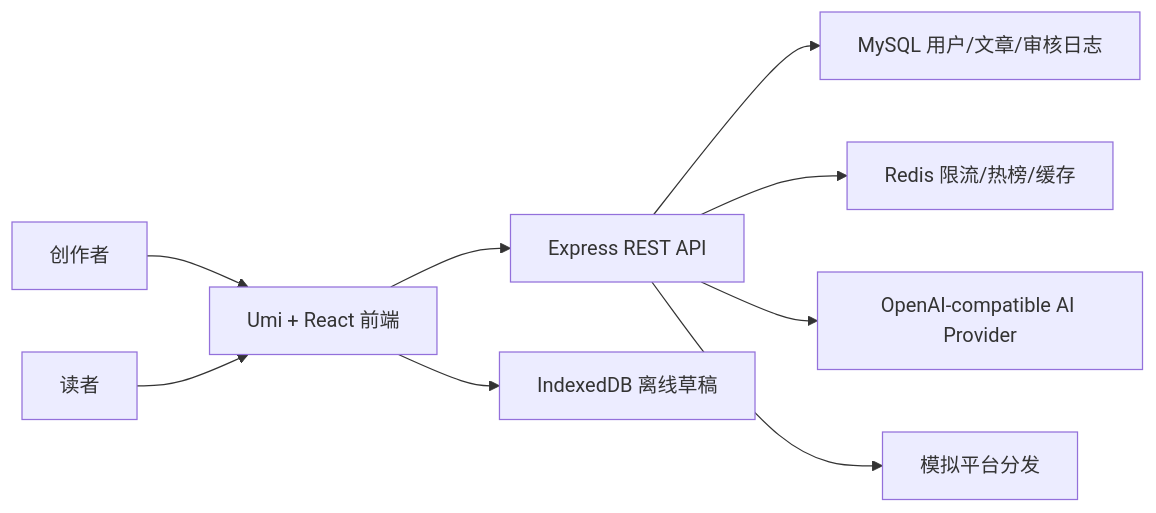
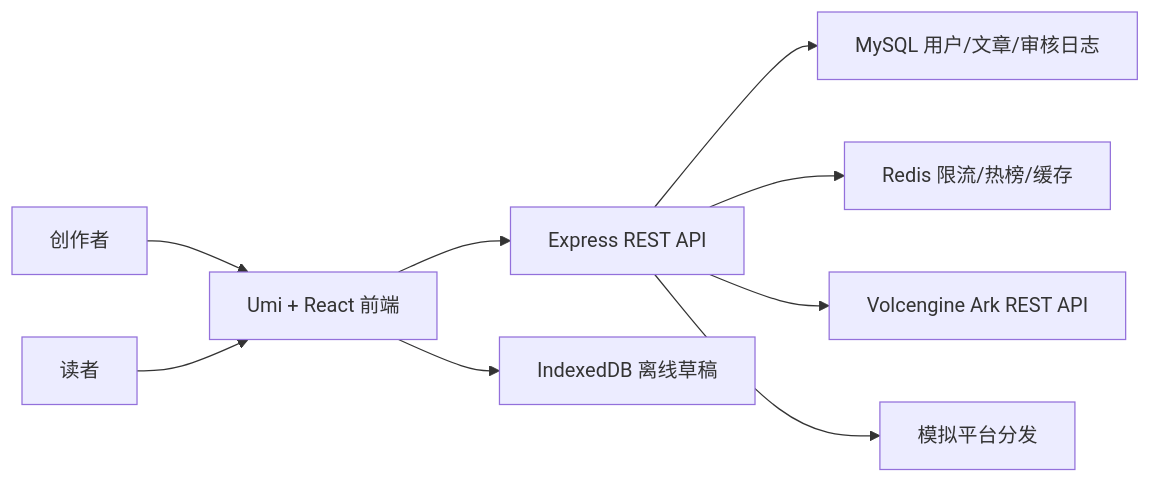
The diagram in docs/architecture.md (xhq0806/AI-Creator-Assistance-Platform), drawn with Mermaid before and after one commit. The commit also changed other lines of this file and 10 other files, not shown here.

Commit message:
配图生成完善

````diff
--- a/docs/architecture.md
+++ b/docs/architecture.md
@@ -13,11 +13,11 @@
 ```mermaid
 flowchart LR
   Creator["创作者"] --> Web["Umi + React 前端"]
   Reader["读者"] --> Web
   Web --> Api["Express REST API"]
   Web --> IndexedDB["IndexedDB 离线草稿"]
   Api --> MySQL["MySQL 用户/文章/审核日志"]
   Api --> Redis["Redis 限流/热榜/缓存"]
-  Api --> AI["OpenAI-compatible AI Provider"]
+  Api --> AI["Volcengine Ark REST API"]
   Api --> Dist["模拟平台分发"]
 ```
````
